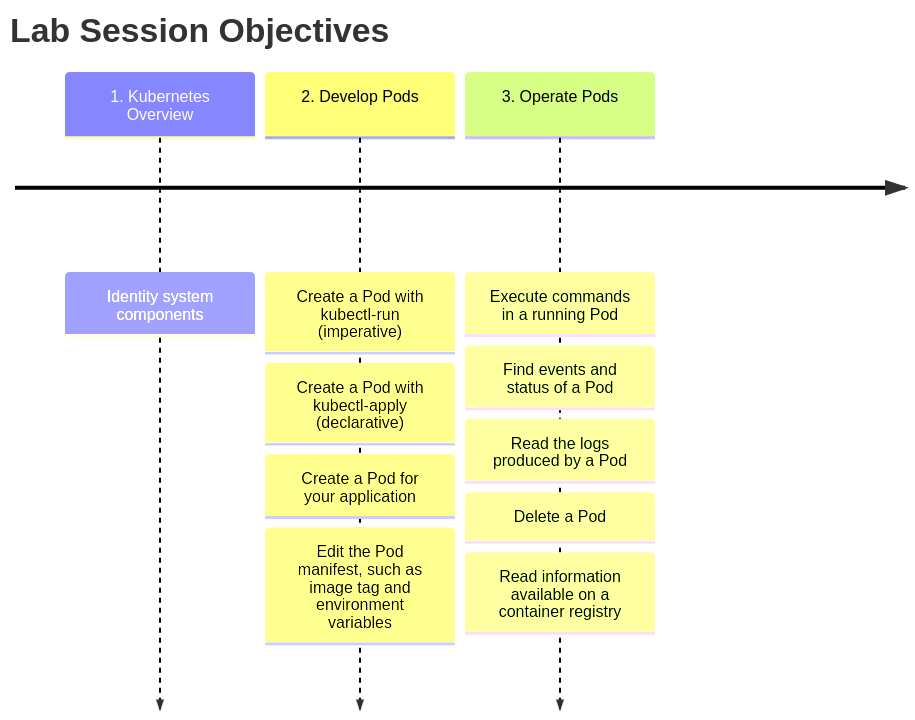
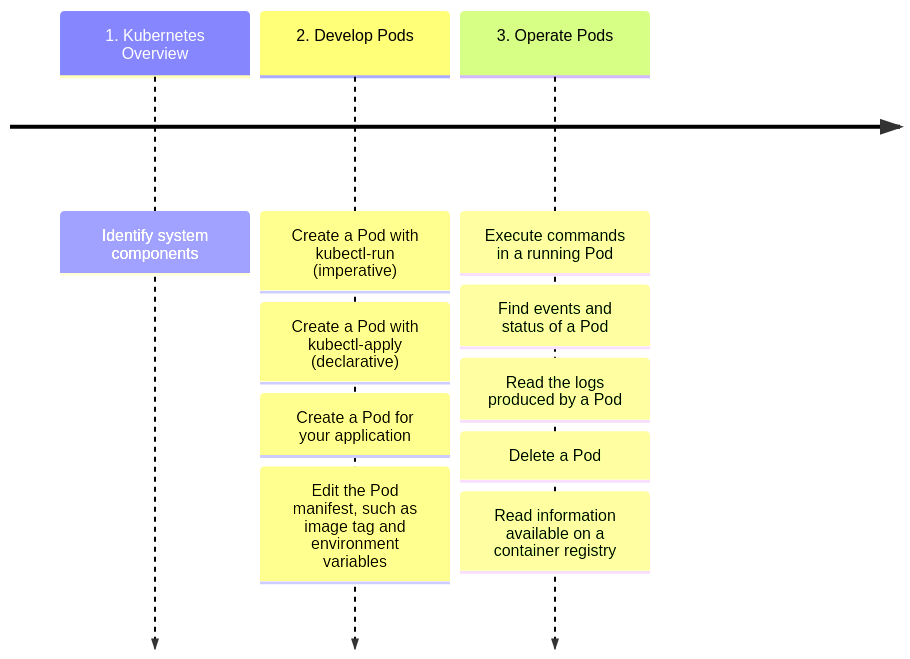
One commit to mincong-classroom/containers changed the diagram in docs/lab-2.md. Above: the diagram before and after it, drawn with Mermaid. The commit also changed other lines of this file and 4 other files, not shown here.

````diff
--- a/docs/lab-2.md
+++ b/docs/lab-2.md
@@ -11,17 +11,16 @@
 ``` mermaid
 timeline
-    title Lab Session Objectives
     1. Kubernetes Overview
-        : Identity system components
+        : Identify system components
     2. Develop Pods
         : Create a Pod with kubectl-run (imperative)
         : Create a Pod with kubectl-apply (declarative)
         : Create a Pod for your application
         : Edit the Pod manifest, such as image tag and environment variables
     3. Operate Pods
         : Execute commands in a running Pod
         : Find events and status of a Pod
         : Read the logs produced by a Pod
         : Delete a Pod
         : Read information available on a container registry
 ```
````
